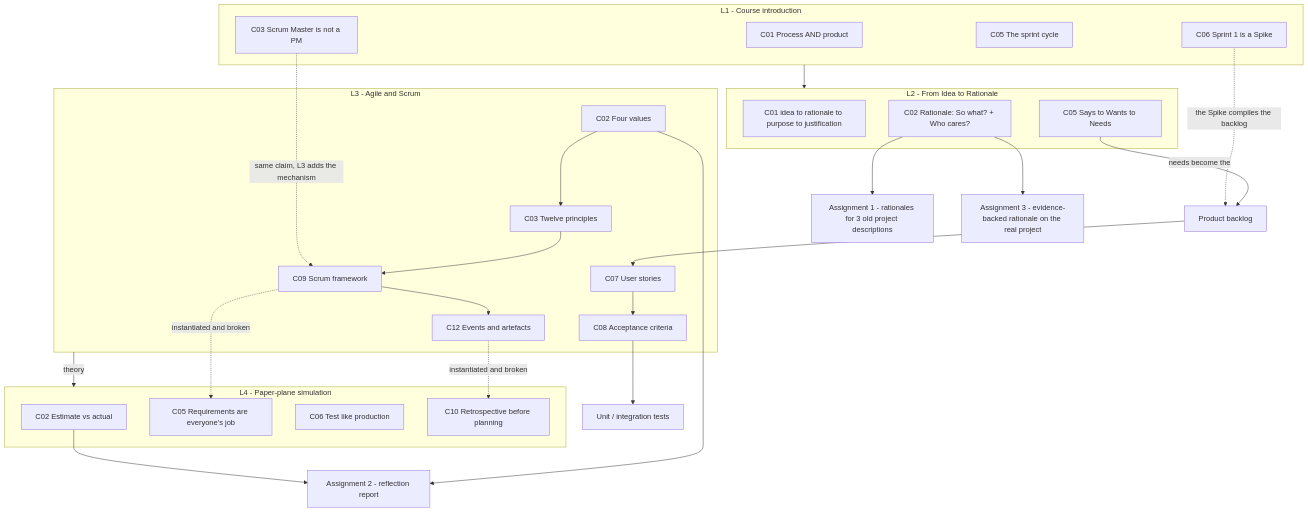
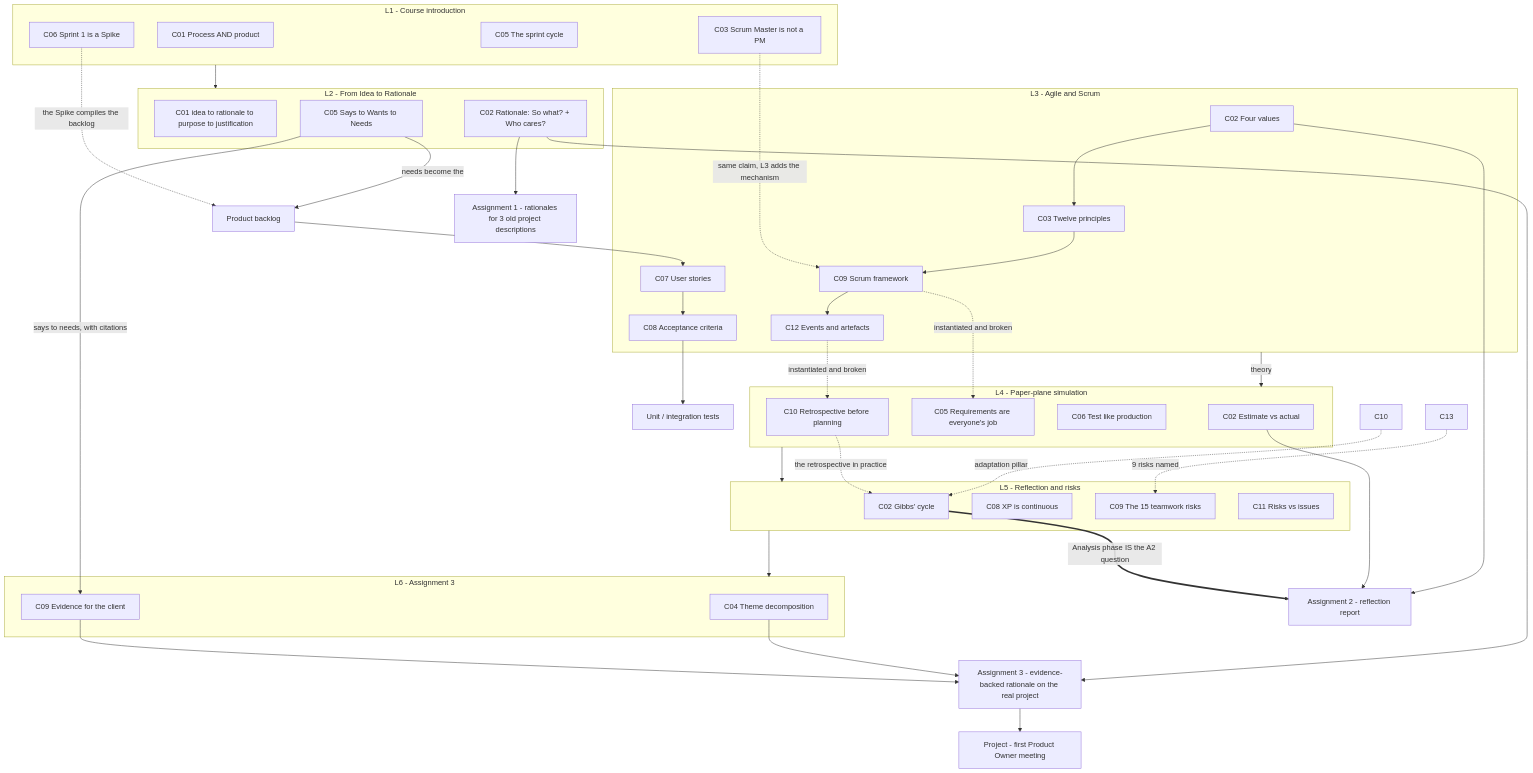
Before and after one commit to ZingZing001/uni-study: the diagram in Sem2/SE761/course-context/syllabus-map.md, drawn with Mermaid. The commit also changed other lines of this file and 19 other files, not shown here.

````diff
--- a/Sem2/SE761/course-context/syllabus-map.md
+++ b/Sem2/SE761/course-context/syllabus-map.md
@@ -7,45 +9,65 @@
 ```mermaid
 graph TD
     subgraph L1[L1 - Course introduction]
       A1[C01 Process AND product]
       A3[C03 Scrum Master is not a PM]
       A5[C05 The sprint cycle]
       A6[C06 Sprint 1 is a Spike]
     end
     subgraph L2[L2 - From Idea to Rationale]
       B1[C01 idea to rationale to purpose to justification]
       B2[C02 Rationale: So what? + Who cares?]
       B5[C05 Says to Wants to Needs]
     end
     subgraph L3[L3 - Agile and Scrum]
       C2[C02 Four values]
       C3[C03 Twelve principles]
       C7[C07 User stories]
       C8[C08 Acceptance criteria]
       C9[C09 Scrum framework]
       C12[C12 Events and artefacts]
     end
     subgraph L4[L4 - Paper-plane simulation]
       D2[C02 Estimate vs actual]
       D5[C05 Requirements are everyone's job]
       D6[C06 Test like production]
       D10[C10 Retrospective before planning]
     end
     L1 --> L2
     B5 -->|needs become the| BL[Product backlog]
     BL --> C7
     C7 --> C8
     C8 --> TESTS[Unit / integration tests]
     C2 --> C3
     C3 --> C9
     C9 --> C12
     A3 -.->|same claim, L3 adds the mechanism| C9
     A6 -.->|the Spike compiles the backlog| BL
     L3 -->|theory| L4
     C12 -.->|instantiated and broken| D10
     C9 -.->|instantiated and broken| D5
+    subgraph L5[L5 - Reflection and risks]
+      E2[C02 Gibbs' cycle]
+      E8[C08 XP is continuous]
+      E9[C09 The 15 teamwork risks]
+      E11[C11 Risks vs issues]
+    end
+    subgraph L6[L6 - Assignment 3]
+      F4[C04 Theme decomposition]
+      F9[C09 Evidence for the client]
+    end
+    L4 --> L5
+    L5 --> L6
+    C10 -.->|adaptation pillar| E2
+    D10 -.->|the retrospective in practice| E2
+    C13 -.->|9 risks named| E9
+    B5 -->|says to needs, with citations| F9
     B2 --> AS1[Assignment 1 - rationales for 3 old project descriptions]
     C2 --> AS2[Assignment 2 - reflection report]
     D2 --> AS2
+    E2 ==>|Analysis phase IS the A2 question| AS2
     B2 --> AS3[Assignment 3 - evidence-backed rationale on the real project]
+    F4 --> AS3
+    F9 --> AS3
+    AS3 --> PROJ[Project - first Product Owner meeting]
 ```
````
